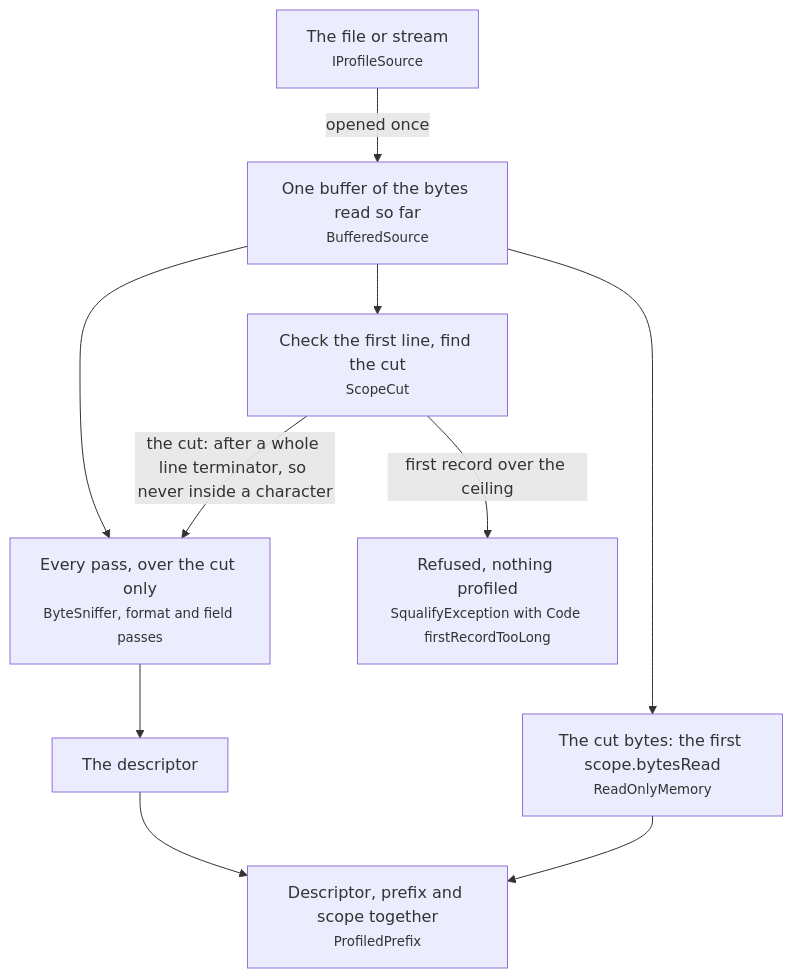
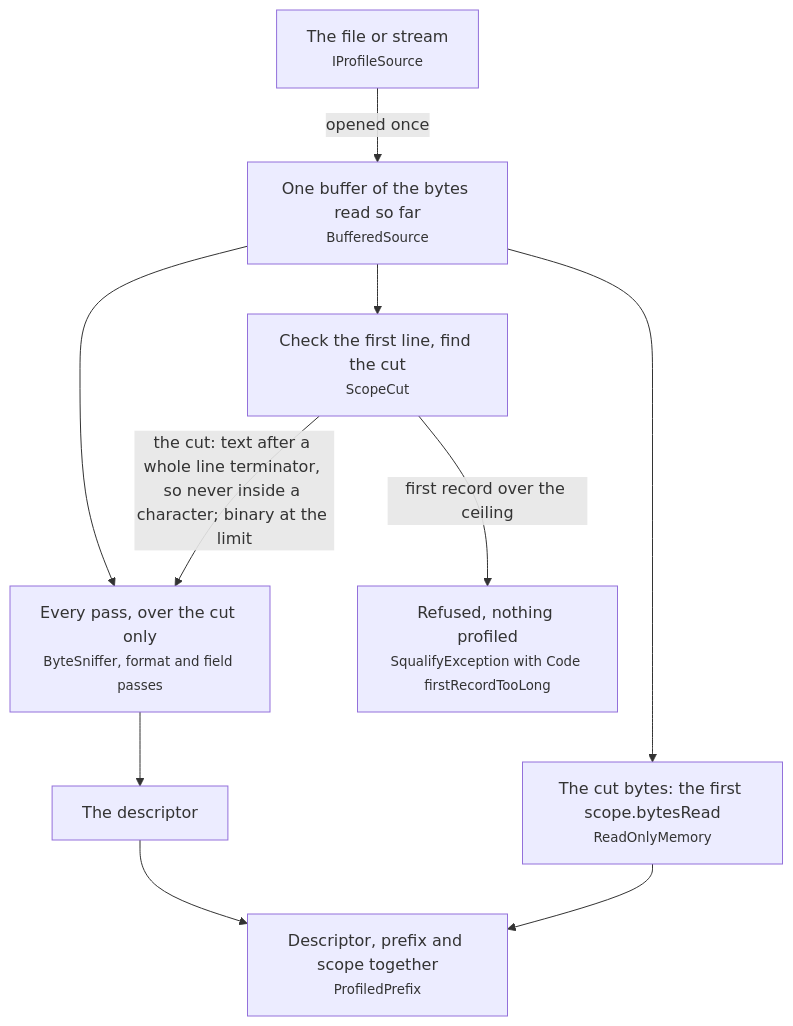
One commit to squalor-xyz/squalify changed the third of 33 diagrams in docs/how-it-works.md. Above: the diagram before and after it, drawn with Mermaid. The commit also changed other lines of this file and 7 other files, not shown here.

````diff
--- a/docs/how-it-works.md
+++ b/docs/how-it-works.md
@@ -42,12 +42,12 @@
 ```mermaid
 flowchart TD
     S["The file or stream<br/><small>IProfileSource</small>"] -->|"opened once"| B["One buffer of the bytes read so far<br/><small>BufferedSource</small>"]
     B --> C["Check the first line, find the cut<br/><small>ScopeCut</small>"]
     B --> P["Every pass, over the cut only<br/><small>ByteSniffer, format and field passes</small>"]
-    C -->|"the cut: after a whole line terminator, so never inside a character"| P
+    C -->|"the cut: text after a whole line terminator, so never inside a character; binary at the limit"| P
     C -->|"first record over the ceiling"| E["Refused, nothing profiled<br/><small>SqualifyException with Code firstRecordTooLong</small>"]
     P --> D["The descriptor"]
     B --> X["The cut bytes: the first scope.bytesRead<br/><small>ReadOnlyMemory</small>"]
     D --> R["Descriptor, prefix and scope together<br/><small>ProfiledPrefix</small>"]
     X --> R
 ```
````
